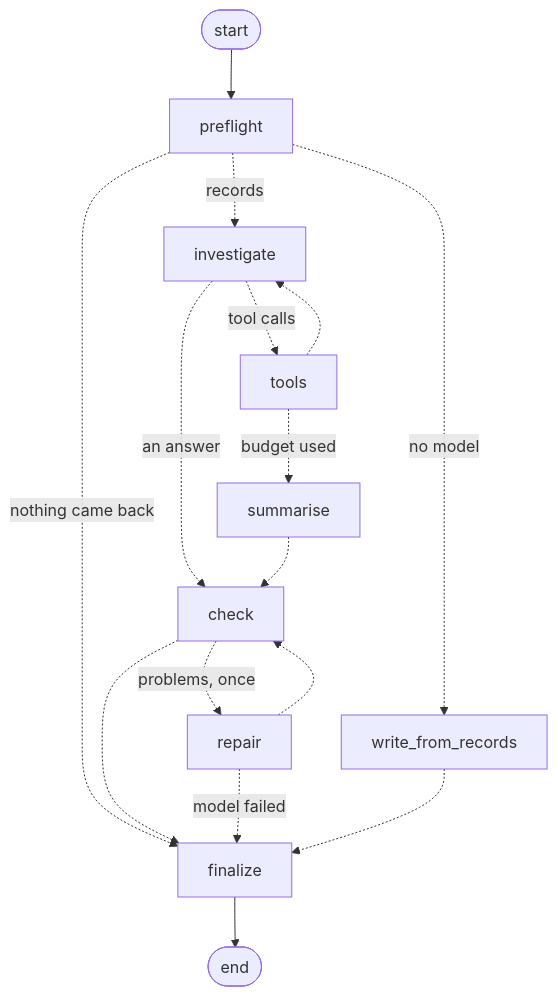
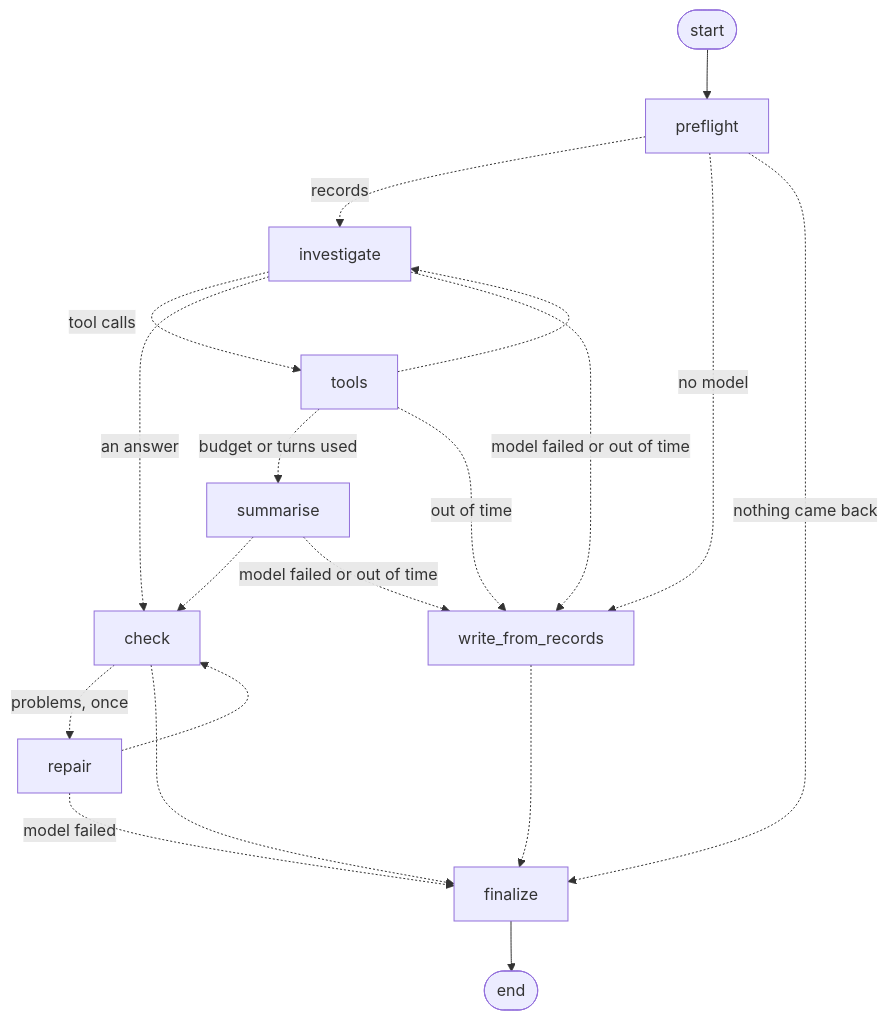
Before and after one commit to learnerInTheFirstStage/multiagent-credit-review: the diagram in services/orchestrator/app/agents/card_service/README.md, drawn with Mermaid. The commit also changed other lines of this file and 27 other files, not shown here.

````diff
--- a/services/orchestrator/app/agents/card_service/README.md
+++ b/services/orchestrator/app/agents/card_service/README.md
@@ -11,18 +11,21 @@
 ```mermaid
 graph TD;
 	__start__([start]) --> preflight;
 	preflight -.->|records| investigate;
 	preflight -.->|no model| write_from_records;
 	preflight -.->|nothing came back| finalize;
 	investigate -.->|tool calls| tools;
 	investigate -.->|an answer| check;
+	investigate -.->|model failed or out of time| write_from_records;
 	tools -.-> investigate;
-	tools -.->|budget used| summarise;
+	tools -.->|budget or turns used| summarise;
+	tools -.->|out of time| write_from_records;
 	summarise -.-> check;
+	summarise -.->|model failed or out of time| write_from_records;
 	check -.->|problems, once| repair;
 	check -.-> finalize;
 	repair -.-> check;
 	repair -.->|model failed| finalize;
 	write_from_records -.-> finalize;
 	finalize --> __end__([end]);
 ```
````
